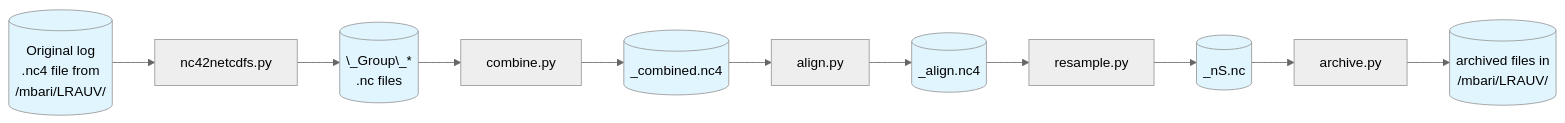
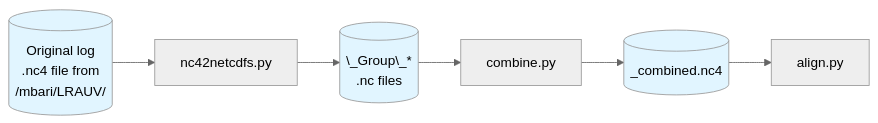
Before and after one commit to mbari-org/auv-python: the first of 2 diagrams in LRAUV_WORKFLOW.md, drawn with Mermaid (neutral theme).

Commit message:
Split the mermaid diagram into 2 so that it's more readable.

````diff
--- a/LRAUV_WORKFLOW.md
+++ b/LRAUV_WORKFLOW.md
@@ -5,32 +5,19 @@
 ```mermaid
 flowchart LR
     Z[(Original log<br/>.nc4 file from<br>/mbari/LRAUV/)]
     A[nc42netcdfs.py]
     B[(\_Group\_*<br/>.nc files)]
     C[combine.py]
     D[(_combined.nc4)]
     E[align.py]
-    F[(_align.nc4)]
-    G[resample.py]
-    H[(_nS.nc)]
-    I[archive.py]
-    J[(archived files in<br>/mbari/LRAUV/)]
     
     Z --> A
     A --> B
     B --> C
     C --> D
     D --> E
-    E --> F
-    F --> G
-    G --> H
-    H --> I
-    I --> J
     
     style Z fill:#e1f5ff
     style B fill:#e1f5ff
     style D fill:#e1f5ff
-    style F fill:#e1f5ff
-    style H fill:#e1f5ff
-    style J fill:#e1f5ff
 ```
````
